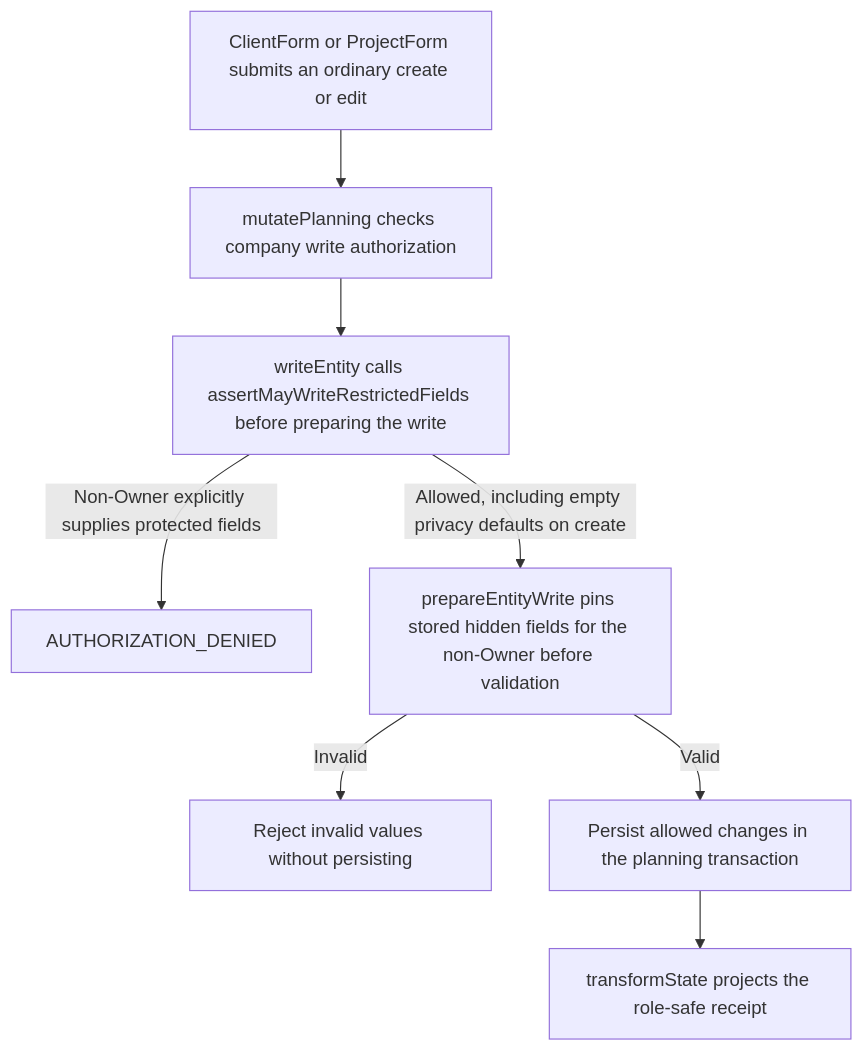
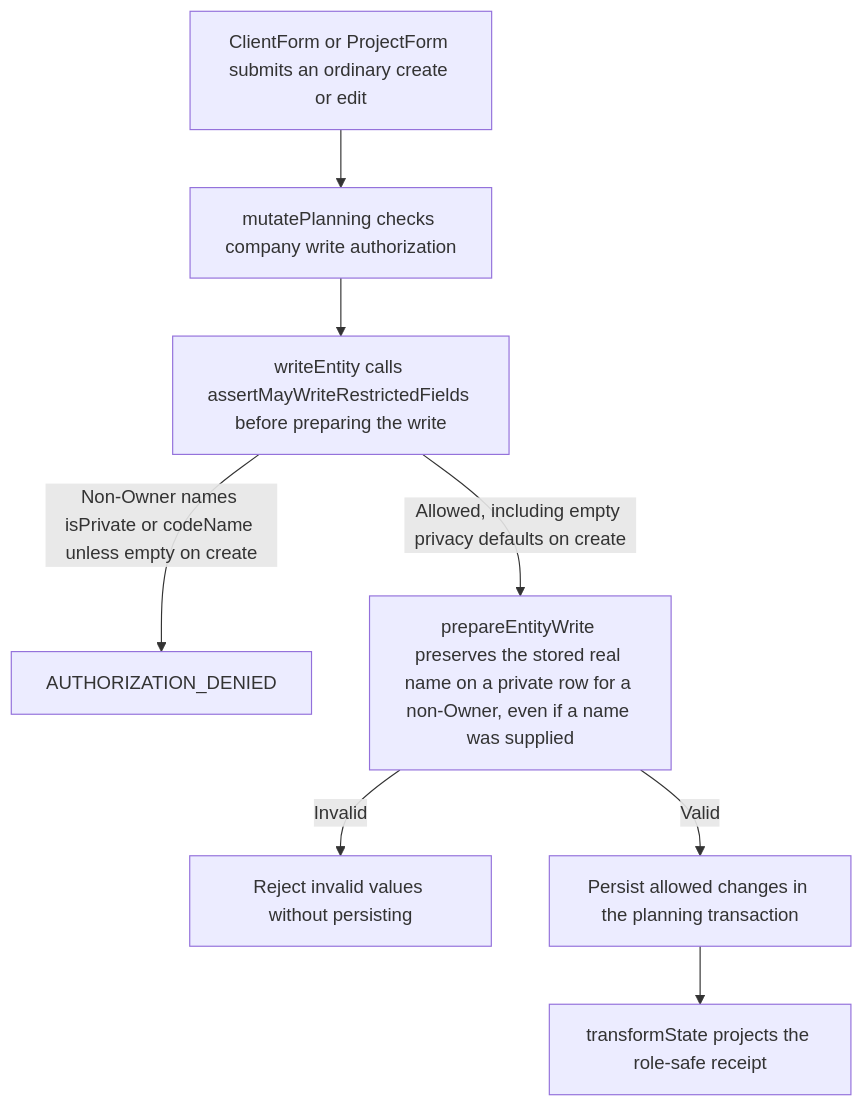
The second of 2 diagrams in user-stories/privacy/US-PRI-02-preserve-private-identities-on-writes.md (Kevinjohn/capacitylens), drawn with Mermaid before and after one commit. The commit also changed other lines of this file and 2 other files, not shown here.

Commit message:
docs: correct archive and planning flow boundaries

````diff
--- a/user-stories/privacy/US-PRI-02-preserve-private-identities-on-writes.md
+++ b/user-stories/privacy/US-PRI-02-preserve-private-identities-on-writes.md
@@ -31,10 +31,10 @@
 ```mermaid
 flowchart TD
   edit["ClientForm or ProjectForm submits an ordinary create or edit"] --> mutate["mutatePlanning checks company write authorization"]
   mutate --> restricted["writeEntity calls assertMayWriteRestrictedFields before preparing the write"]
-  restricted -->|Non-Owner explicitly supplies protected fields| refused["AUTHORIZATION_DENIED"]
-  restricted -->|Allowed, including empty privacy defaults on create| prepare["prepareEntityWrite pins stored hidden fields for the non-Owner before validation"]
+  restricted -->|Non-Owner names isPrivate or codeName unless empty on create| refused["AUTHORIZATION_DENIED"]
+  restricted -->|Allowed, including empty privacy defaults on create| prepare["prepareEntityWrite preserves the stored real name on a private row for a non-Owner, even if a name was supplied"]
   prepare -->|Invalid| validation["Reject invalid values without persisting"]
   prepare -->|Valid| persist["Persist allowed changes in the planning transaction"]
   persist --> reply["transformState projects the role-safe receipt"]
 ```
````
